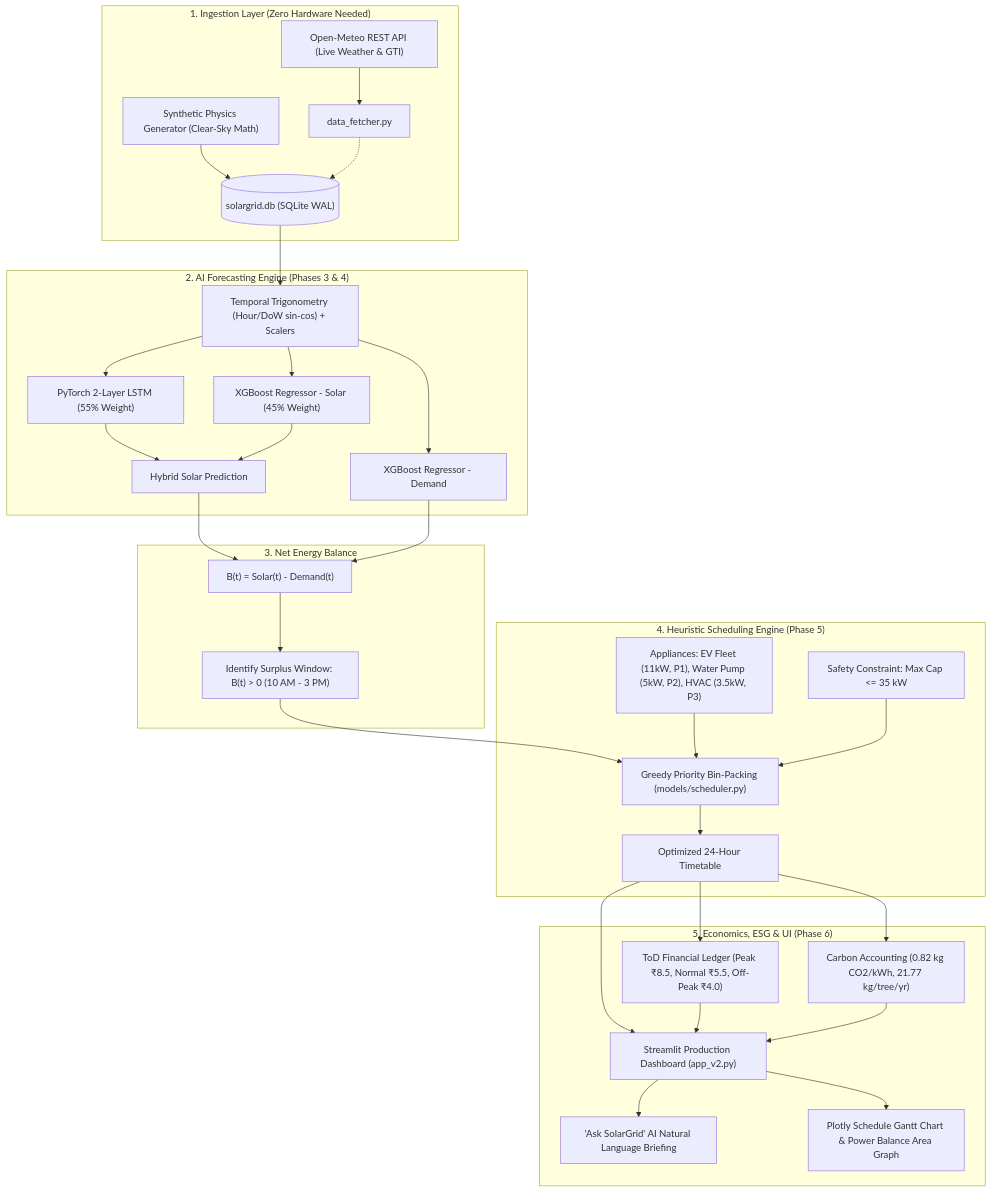
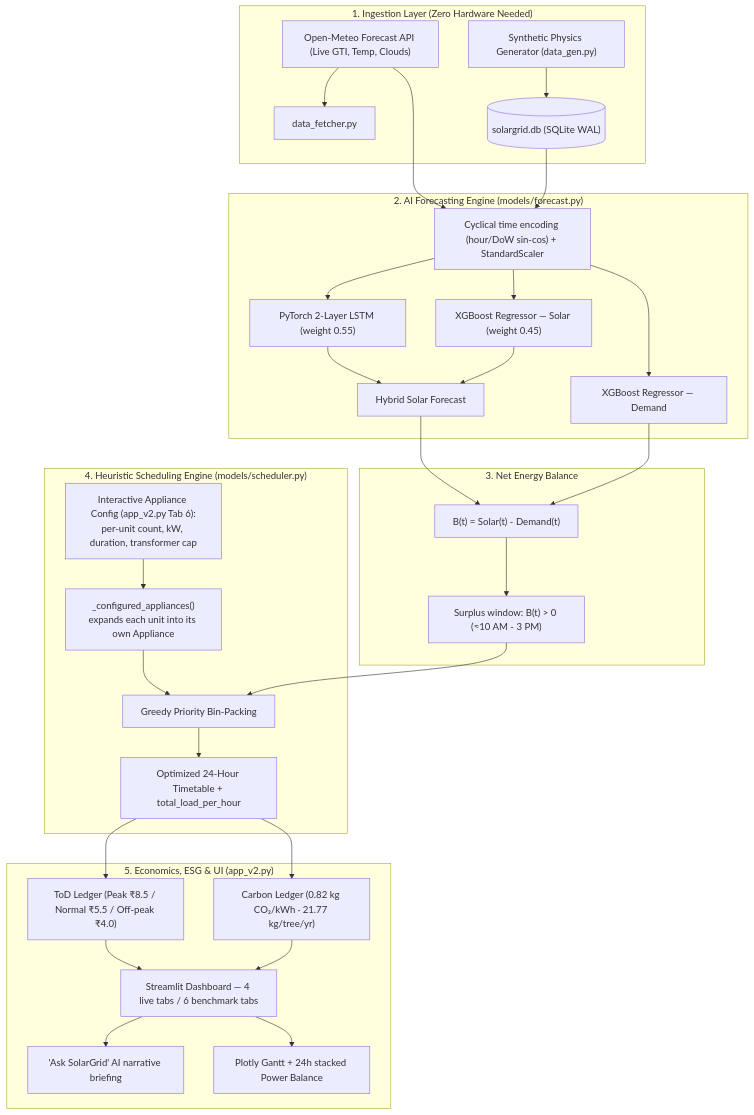
One commit to suryanshgupta0703-cyber/SOLAR_GRID changed the diagram in README.md. Above: the diagram before and after it, drawn with Mermaid. The commit also changed other lines of this file and 2 other files, not shown here.

````diff
--- a/README.md
+++ b/README.md
@@ -85,40 +105,39 @@
 ```mermaid
 flowchart TD
     subgraph DataLayer["1. Ingestion Layer (Zero Hardware Needed)"]
-        OM["Open-Meteo REST API (Live Weather & GTI)"] --> DF["data_fetcher.py"]
-        DG["Synthetic Physics Generator (Clear-Sky Math)"] --> DB[("solargrid.db (SQLite WAL)")]
-        DF -.-> DB
+        OM["Open-Meteo Forecast API (Live GTI, Temp, Clouds)"] --> DF["data_fetcher.py"]
+        DG["Synthetic Physics Generator (data_gen.py)"] --> DB[("solargrid.db (SQLite WAL)")]
     end
 
-    subgraph MLLayer["2. AI Forecasting Engine (Phases 3 & 4)"]
-        DB --> FeatEng["Temporal Trigonometry (Hour/DoW sin-cos) + Scalers"]
-        FeatEng --> LSTM["PyTorch 2-Layer LSTM (55% Weight)"]
-        FeatEng --> XGB_S["XGBoost Regressor - Solar (45% Weight)"]
-        FeatEng --> XGB_D["XGBoost Regressor - Demand"]
-        LSTM --> Ensemble["Hybrid Solar Prediction"]
+    subgraph MLLayer["2. AI Forecasting Engine (models/forecast.py)"]
+        DB --> FeatEng["Cyclical time encoding (hour/DoW sin-cos) + StandardScaler"]
+        OM --> FeatEng
+        FeatEng --> LSTM["PyTorch 2-Layer LSTM (weight 0.55)"]
+        FeatEng --> XGB_S["XGBoost Regressor — Solar (weight 0.45)"]
+        FeatEng --> XGB_D["XGBoost Regressor — Demand"]
+        LSTM --> Ensemble["Hybrid Solar Forecast"]
         XGB_S --> Ensemble
     end
 
     subgraph EnergyLayer["3. Net Energy Balance"]
         Ensemble --> Balance["B(t) = Solar(t) - Demand(t)"]
         XGB_D --> Balance
-        Balance --> Surplus["Identify Surplus Window: B(t) > 0 (10 AM - 3 PM)"]
+        Balance --> Surplus["Surplus window: B(t) > 0 (≈10 AM - 3 PM)"]
     end
 
-    subgraph SchedLayer["4. Heuristic Scheduling Engine (Phase 5)"]
-        Surplus --> Sched["Greedy Priority Bin-Packing (models/scheduler.py)"]
-        AppRegistry["Appliances: EV Fleet (11kW, P1), Water Pump (5kW, P2), HVAC (3.5kW, P3)"] --> Sched
-        TransformerCap["Safety Constraint: Max Cap <= 35 kW"] --> Sched
-        Sched --> Schedule["Optimized 24-Hour Timetable"]
+    subgraph SchedLayer["4. Heuristic Scheduling Engine (models/scheduler.py)"]
+        Surplus --> Sched["Greedy Priority Bin-Packing"]
+        UI["Interactive Appliance Config (app_v2.py Tab 6):<br/>per-unit count, kW, duration, transformer cap"] --> Cfg["_configured_appliances()<br/>expands each unit into its own Appliance"]
+        Cfg --> Sched
+        Sched --> Schedule["Optimized 24-Hour Timetable + total_load_per_hour"]
     end
 
-    subgraph PresentationLayer["5. Economics, ESG & UI (Phase 6)"]
-        Schedule --> ToD["ToD Financial Ledger (Peak ₹8.5, Normal ₹5.5, Off-Peak ₹4.0)"]
-        Schedule --> Carbon["Carbon Accounting (0.82 kg CO2/kWh, 21.77 kg/tree/yr)"]
-        Schedule --> AppV2["Streamlit Production Dashboard (app_v2.py)"]
-        ToD --> AppV2
+    subgraph PresentationLayer["5. Economics, ESG & UI (app_v2.py)"]
+        Schedule --> ToD["ToD Ledger (Peak ₹8.5 / Normal ₹5.5 / Off-peak ₹4.0)"]
+        Schedule --> Carbon["Carbon Ledger (0.82 kg CO₂/kWh · 21.77 kg/tree/yr)"]
+        ToD --> AppV2["Streamlit Dashboard — 4 live tabs / 6 benchmark tabs"]
         Carbon --> AppV2
-        AppV2 --> AISummary["'Ask SolarGrid' AI Natural Language Briefing"]
-        AppV2 --> Gantt["Plotly Schedule Gantt Chart & Power Balance Area Graph"]
+        AppV2 --> AISummary["'Ask SolarGrid' AI narrative briefing"]
+        AppV2 --> Gantt["Plotly Gantt + 24h stacked Power Balance"]
     end
 ```
````
